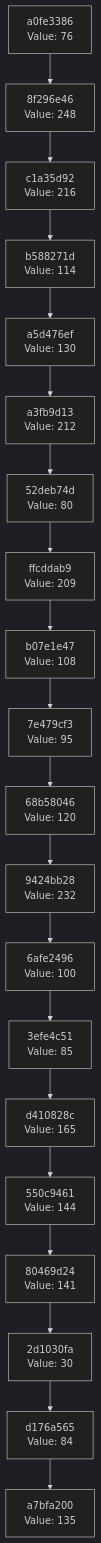
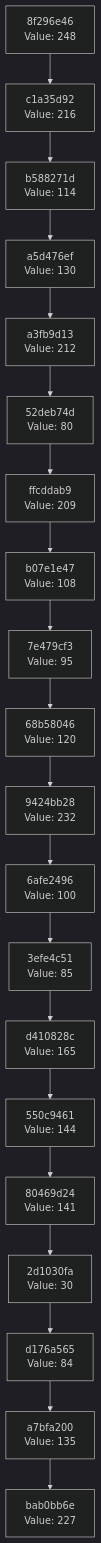
Before and after one commit to Abhisheksinha1506/hash-chain-evolver: the diagram in docs/CHAIN_VISUALIZATION.md, drawn with Mermaid (dark theme). The commit also changed 2 other files, not shown here.

Commit message:
Evolution step: hash 0xE3 → action executed

````diff
--- a/docs/CHAIN_VISUALIZATION.md
+++ b/docs/CHAIN_VISUALIZATION.md
@@ -3,42 +3,42 @@
 ```mermaid
 graph TD
-    C0["a7bfa200<br/>Value: 135"]
-    C1["d176a565<br/>Value: 84"]
+    C0["bab0bb6e<br/>Value: 227"]
+    C1["a7bfa200<br/>Value: 135"]
     C1 --> C0
-    C2["2d1030fa<br/>Value: 30"]
+    C2["d176a565<br/>Value: 84"]
     C2 --> C1
-    C3["80469d24<br/>Value: 141"]
+    C3["2d1030fa<br/>Value: 30"]
     C3 --> C2
-    C4["550c9461<br/>Value: 144"]
+    C4["80469d24<br/>Value: 141"]
     C4 --> C3
-    C5["d410828c<br/>Value: 165"]
+    C5["550c9461<br/>Value: 144"]
     C5 --> C4
-    C6["3efe4c51<br/>Value: 85"]
+    C6["d410828c<br/>Value: 165"]
     C6 --> C5
-    C7["6afe2496<br/>Value: 100"]
+    C7["3efe4c51<br/>Value: 85"]
     C7 --> C6
-    C8["9424bb28<br/>Value: 232"]
+    C8["6afe2496<br/>Value: 100"]
     C8 --> C7
-    C9["68b58046<br/>Value: 120"]
+    C9["9424bb28<br/>Value: 232"]
     C9 --> C8
-    C10["7e479cf3<br/>Value: 95"]
+    C10["68b58046<br/>Value: 120"]
     C10 --> C9
-    C11["b07e1e47<br/>Value: 108"]
+    C11["7e479cf3<br/>Value: 95"]
     C11 --> C10
-    C12["ffcddab9<br/>Value: 209"]
+    C12["b07e1e47<br/>Value: 108"]
     C12 --> C11
-    C13["52deb74d<br/>Value: 80"]
+    C13["ffcddab9<br/>Value: 209"]
     C13 --> C12
-    C14["a3fb9d13<br/>Value: 212"]
+    C14["52deb74d<br/>Value: 80"]
     C14 --> C13
-    C15["a5d476ef<br/>Value: 130"]
+    C15["a3fb9d13<br/>Value: 212"]
     C15 --> C14
-    C16["b588271d<br/>Value: 114"]
+    C16["a5d476ef<br/>Value: 130"]
     C16 --> C15
-    C17["c1a35d92<br/>Value: 216"]
+    C17["b588271d<br/>Value: 114"]
     C17 --> C16
-    C18["8f296e46<br/>Value: 248"]
+    C18["c1a35d92<br/>Value: 216"]
     C18 --> C17
-    C19["a0fe3386<br/>Value: 76"]
+    C19["8f296e46<br/>Value: 248"]
     C19 --> C18
 ```
````
